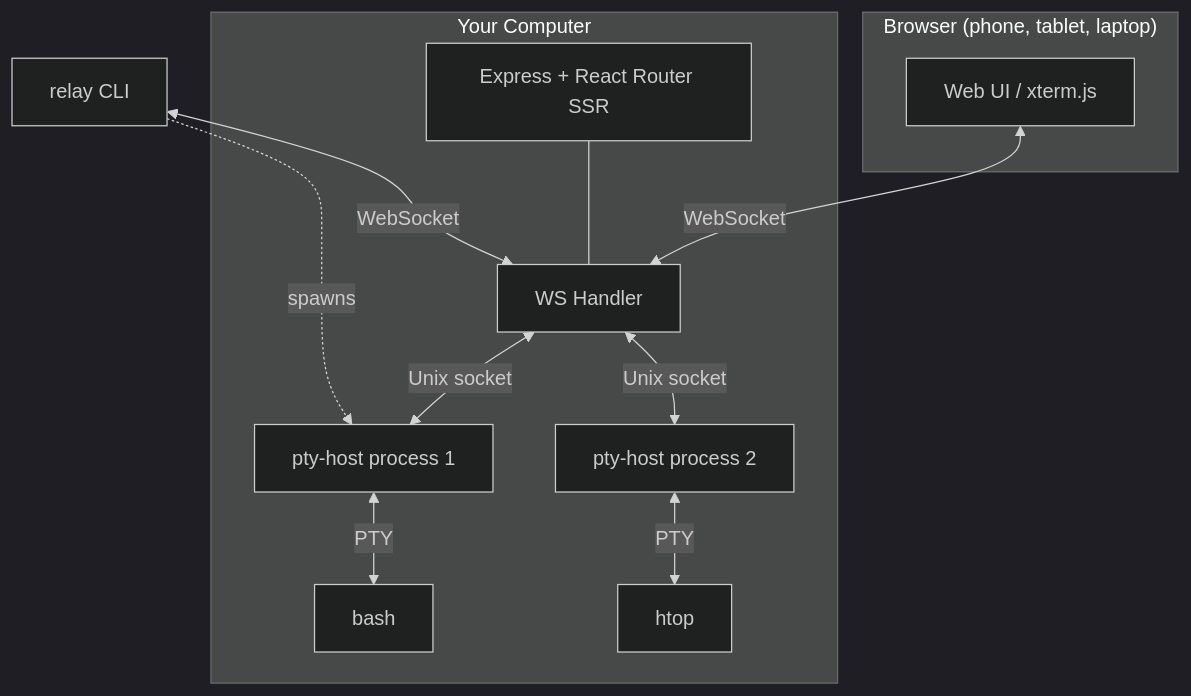
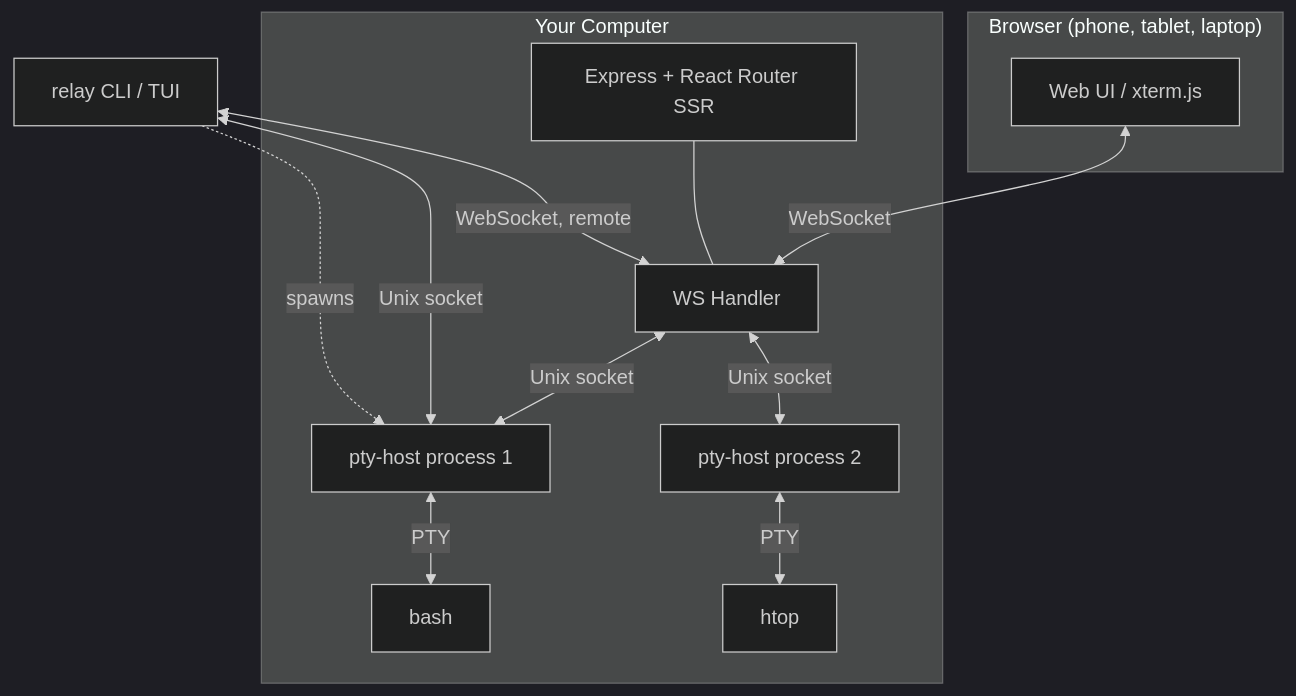
One commit to ddrscott/relay-tty changed the diagram in docs/content/explanation/architecture.mdx. Above: the diagram before and after it, drawn with Mermaid (dark theme). The commit also changed other lines of this file and 14 other files, not shown here.

First line of the commit message:
feat(tui): multiplexer with Ctrl+B prefix, picker agent-state column, live directory, remote host

````diff
--- a/docs/content/explanation/architecture.mdx
+++ b/docs/content/explanation/architecture.mdx
@@ -10,25 +10,26 @@
 ```mermaid
 graph TB
     subgraph Browser["Browser (phone, tablet, laptop)"]
         UI[Web UI / xterm.js]
     end
 
     subgraph Host["Your Computer"]
         Server[Express + React Router SSR]
         WS[WS Handler]
         PTY1[pty-host process 1]
         PTY2[pty-host process 2]
         Shell1[bash]
         Shell2[htop]
     end
 
     UI <-->|WebSocket| WS
     WS <-->|Unix socket| PTY1
     WS <-->|Unix socket| PTY2
     PTY1 <-->|PTY| Shell1
     PTY2 <-->|PTY| Shell2
     Server --- WS
 
-    CLI[relay CLI] <-->|WebSocket| WS
+    CLI[relay CLI / TUI] <-->|Unix socket| PTY1
+    CLI <-->|WebSocket, remote| WS
     CLI -.->|spawns| PTY1
 ```
````
